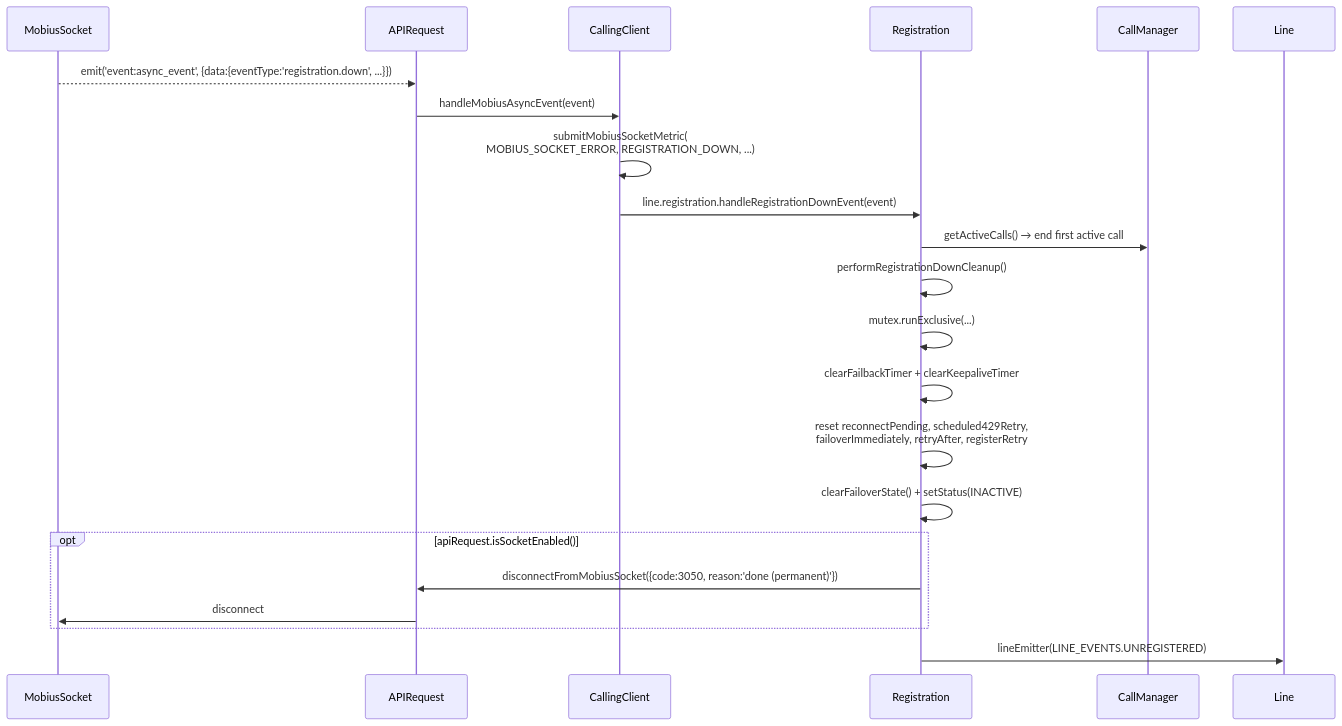
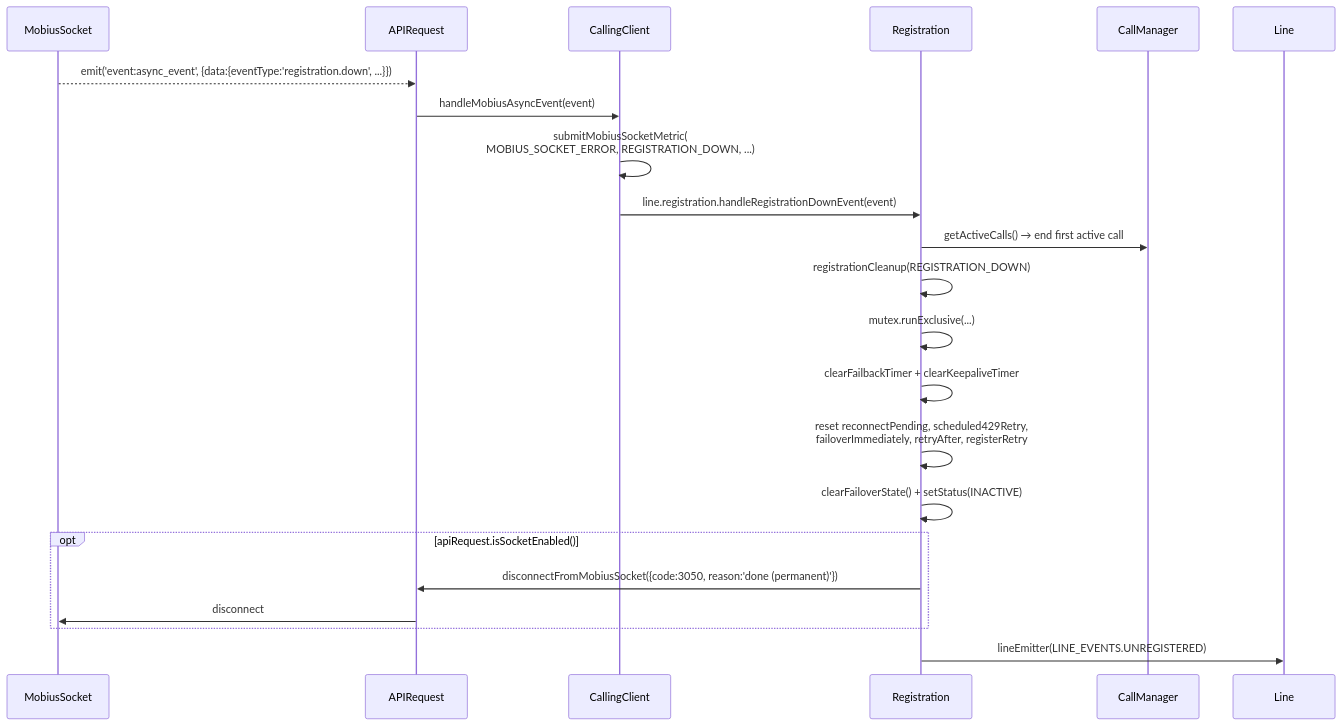
Before and after one commit to webex/webex-js-sdk: the first of 13 diagrams in packages/calling/src/CallingClient/registration/ai-docs/registration-spec.md, drawn with Mermaid. The commit also changed other lines of this file and 21 other files, not shown here.

````diff
--- a/packages/calling/src/CallingClient/registration/ai-docs/registration-spec.md
+++ b/packages/calling/src/CallingClient/registration/ai-docs/registration-spec.md
@@ -167,29 +168,29 @@
 ```mermaid
 sequenceDiagram
     participant MS as MobiusSocket
     participant API as APIRequest
     participant CC as CallingClient
     participant Reg as Registration
     participant CM as CallManager
     participant Line as Line
 
     MS-->>API: emit('event:async_event', {data:{eventType:'registration.down', ...}})
     API->>CC: handleMobiusAsyncEvent(event)
     CC->>CC: submitMobiusSocketMetric(<br/>MOBIUS_SOCKET_ERROR, REGISTRATION_DOWN, ...)
     CC->>Reg: line.registration.handleRegistrationDownEvent(event)
 
     Reg->>CM: getActiveCalls() → end first active call
-    Reg->>Reg: performRegistrationDownCleanup()
+    Reg->>Reg: registrationCleanup(REGISTRATION_DOWN)
 
     Reg->>Reg: mutex.runExclusive(...)
     Reg->>Reg: clearFailbackTimer + clearKeepaliveTimer
     Reg->>Reg: reset reconnectPending, scheduled429Retry,<br/>failoverImmediately, retryAfter, registerRetry
     Reg->>Reg: clearFailoverState() + setStatus(INACTIVE)
 
     opt apiRequest.isSocketEnabled()
         Reg->>API: disconnectFromMobiusSocket({code:3050, reason:'done (permanent)'})
         API->>MS: disconnect
     end
 
     Reg->>Line: lineEmitter(LINE_EVENTS.UNREGISTERED)
 ```
````
